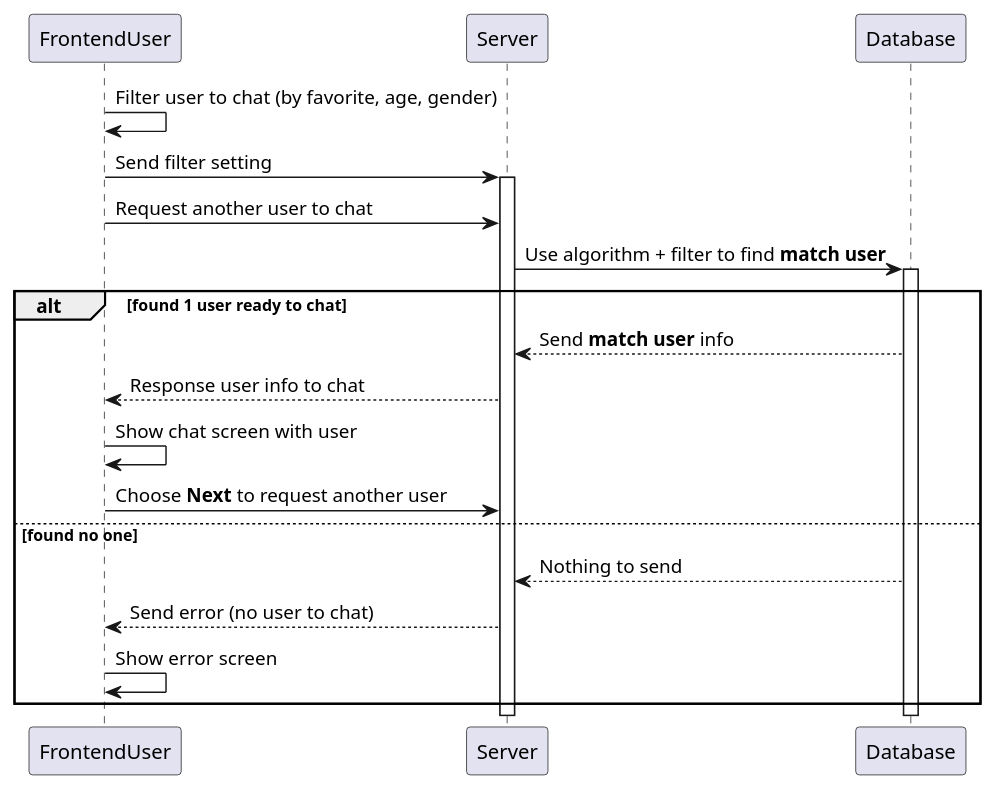
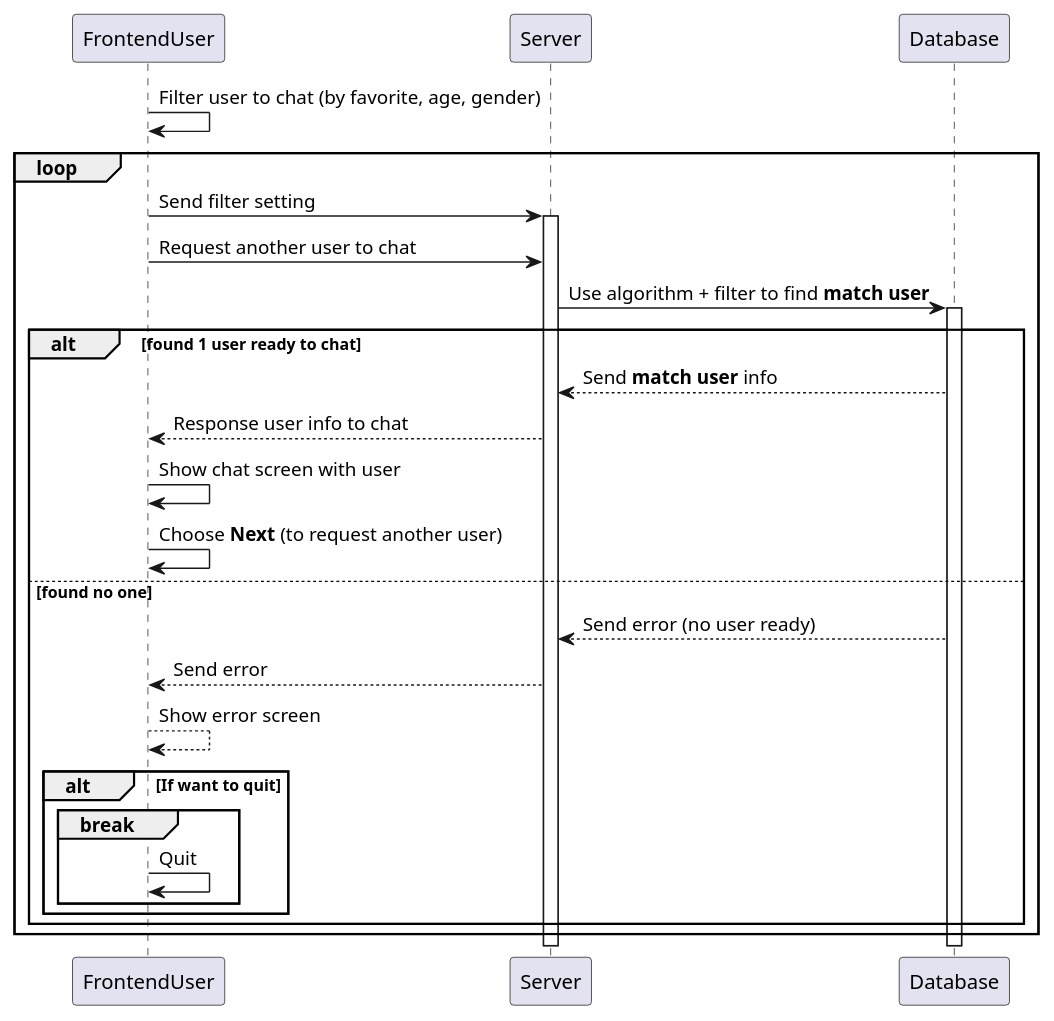
One commit to 1612180/chat_stranger_doc changed the diagram in diagram/sequence/chat.md. Above: the diagram before and after it, drawn with PlantUML. The commit also changed 3 other files, not shown here.

Commit message:
Add database diagram, add loop to sequence diagram

````diff
--- a/diagram/sequence/chat.md
+++ b/diagram/sequence/chat.md
@@ -4,26 +4,33 @@
 ```plantuml
 @startuml
 
 FrontendUser -> FrontendUser: Filter user to chat (by favorite, age, gender)
 
-FrontendUser -> Server: Send filter setting
-activate Server
+loop
+    FrontendUser -> Server: Send filter setting
+    activate Server
 
-FrontendUser -> Server: Request another user to chat
+    FrontendUser -> Server: Request another user to chat
 
-Server -> Database: Use algorithm + filter to find **match user**
-activate Database
+    Server -> Database: Use algorithm + filter to find **match user**
+    activate Database
 
-alt found 1 user ready to chat
-    Database --> Server: Send **match user** info
-    Server --> FrontendUser: Response user info to chat
-    FrontendUser -> FrontendUser: Show chat screen with user
-    FrontendUser -> Server: Choose **Next** to request another user
-else found no one
-    Database --> Server: Nothing to send
-    Server --> FrontendUser: Send error (no user to chat)
-    FrontendUser -> FrontendUser: Show error screen
+    alt found 1 user ready to chat
+        Database --> Server: Send **match user** info
+        Server --> FrontendUser: Response user info to chat
+        FrontendUser -> FrontendUser: Show chat screen with user
+        FrontendUser -> FrontendUser: Choose **Next** (to request another user)
+    else found no one
+        Database --> Server: Send error (no user ready)
+        Server --> FrontendUser: Send error
+        FrontendUser --> FrontendUser: Show error screen
+        alt If want to quit
+            break
+                FrontendUser -> FrontendUser: Quit
+            end
+        end
+    end
 end
 
 @enduml
 ```
````
